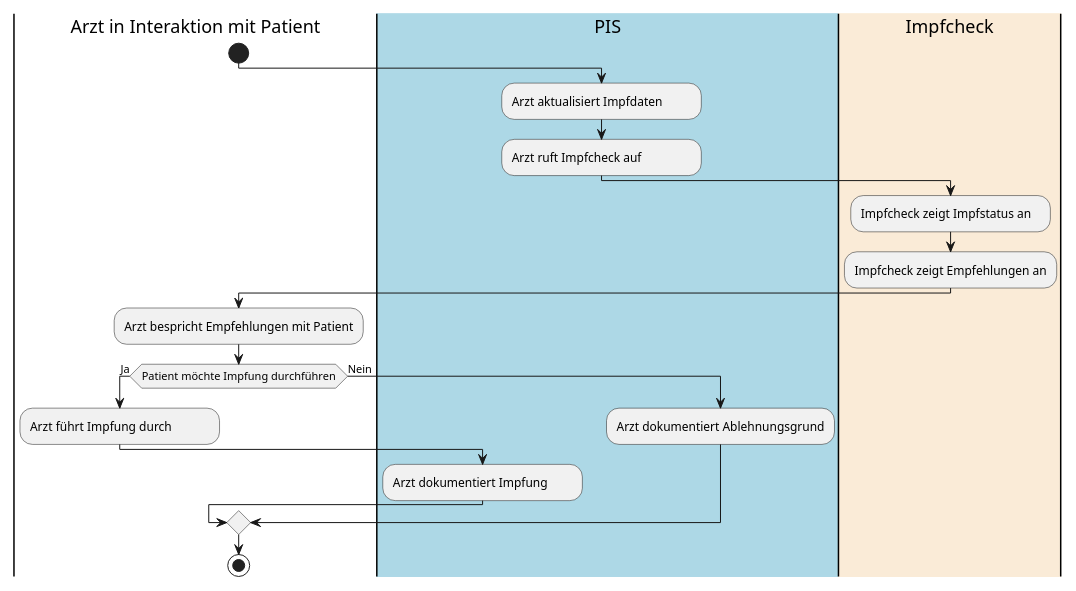
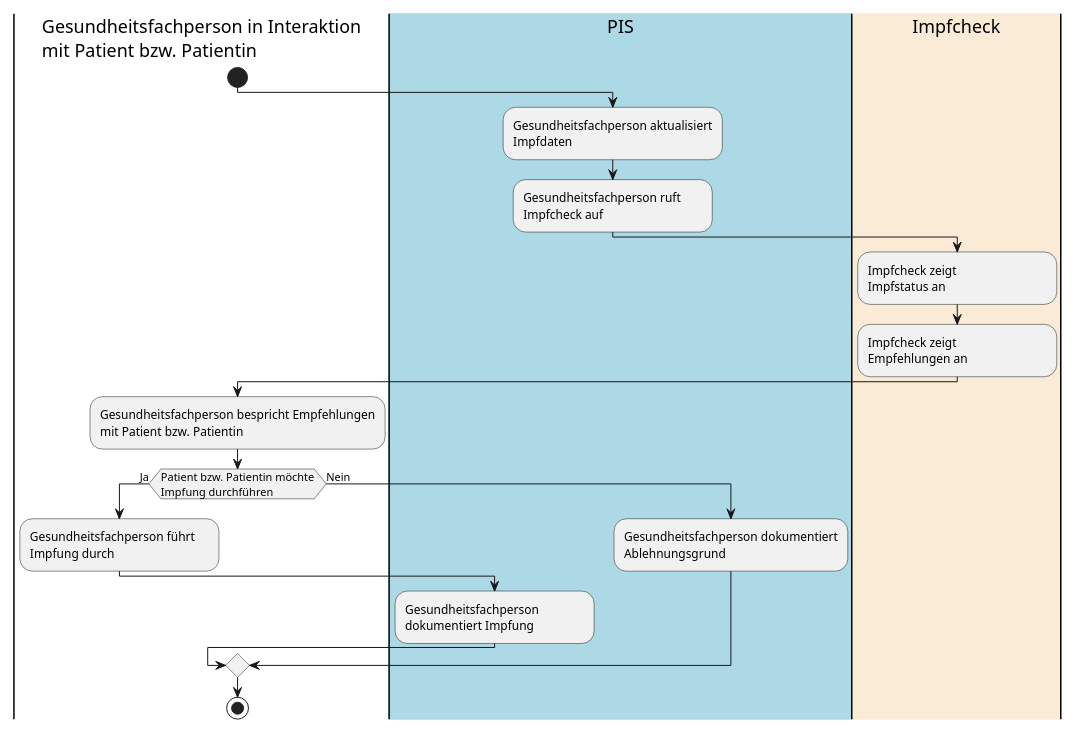
The diagram in input/images-source/use-case-14-impfcheck-arzt-de.plantuml (hl7ch/ch-vacd), drawn with PlantUML before and after one commit. The commit also changed 3 other files, not shown here.

Commit message:
genderize the diagrams (#379)

```diff
--- a/input/images-source/use-case-14-impfcheck-arzt-de.plantuml
+++ b/input/images-source/use-case-14-impfcheck-arzt-de.plantuml
@@ -1,33 +1,33 @@
 @startuml
 scale max 800 width
 <style>
 element {MinimumWidth 200}
 </style>
 
-|Arzt in Interaktion mit Patient|
+|Gesundheitsfachperson in Interaktion\nmit Patient bzw. Patientin|
 start
 |#LightBlue|PIS|
-:Arzt aktualisiert Impfdaten; 
-:Arzt ruft Impfcheck auf;
+:Gesundheitsfachperson aktualisiert\nImpfdaten; 
+:Gesundheitsfachperson ruft\nImpfcheck auf;
 
 |#AntiqueWhite|Impfcheck|
-:Impfcheck zeigt Impfstatus an;
-:Impfcheck zeigt Empfehlungen an;
+:Impfcheck zeigt\nImpfstatus an;
+:Impfcheck zeigt\nEmpfehlungen an;
 
-|Arzt in Interaktion mit Patient|
-:Arzt bespricht Empfehlungen mit Patient;
-if (Patient möchte Impfung durchführen) then (Ja)
-  :Arzt führt Impfung durch;
+|Gesundheitsfachperson in Interaktion\nmit Patient bzw. Patientin|
+:Gesundheitsfachperson bespricht Empfehlungen\nmit Patient bzw. Patientin;
+if (Patient bzw. Patientin möchte\nImpfung durchführen) then (Ja)
+  :Gesundheitsfachperson führt\nImpfung durch;
   |#LightBlue|PIS|
-  :Arzt dokumentiert Impfung;
-  |Arzt in Interaktion mit Patient|
+  :Gesundheitsfachperson\ndokumentiert Impfung;
+  |Gesundheitsfachperson in Interaktion\nmit Patient bzw. Patientin|
 else (Nein)
   |PIS|
-  :Arzt dokumentiert Ablehnungsgrund;
-  |Arzt in Interaktion mit Patient|
+  :Gesundheitsfachperson dokumentiert\nAblehnungsgrund;
+  |Gesundheitsfachperson in Interaktion\nmit Patient bzw. Patientin|
 endif
 
 stop
 
 
 @enduml
```
